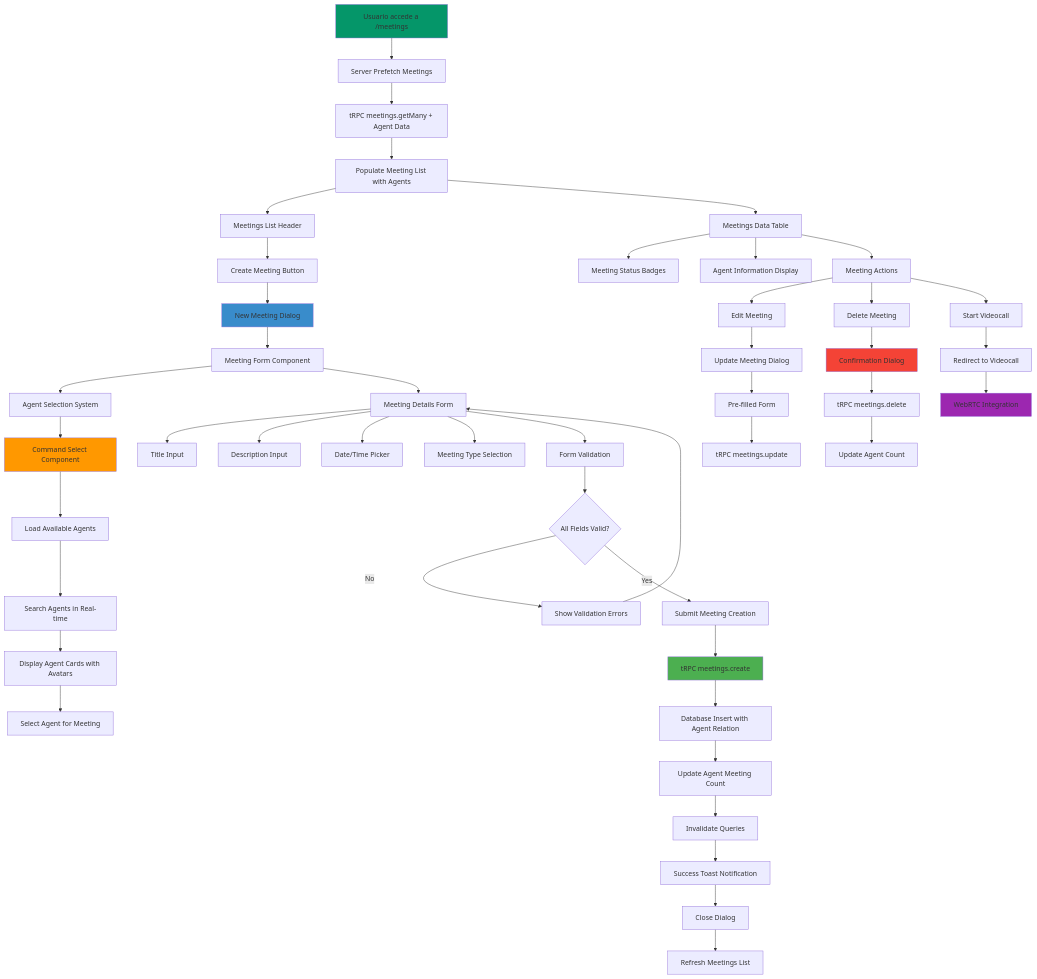
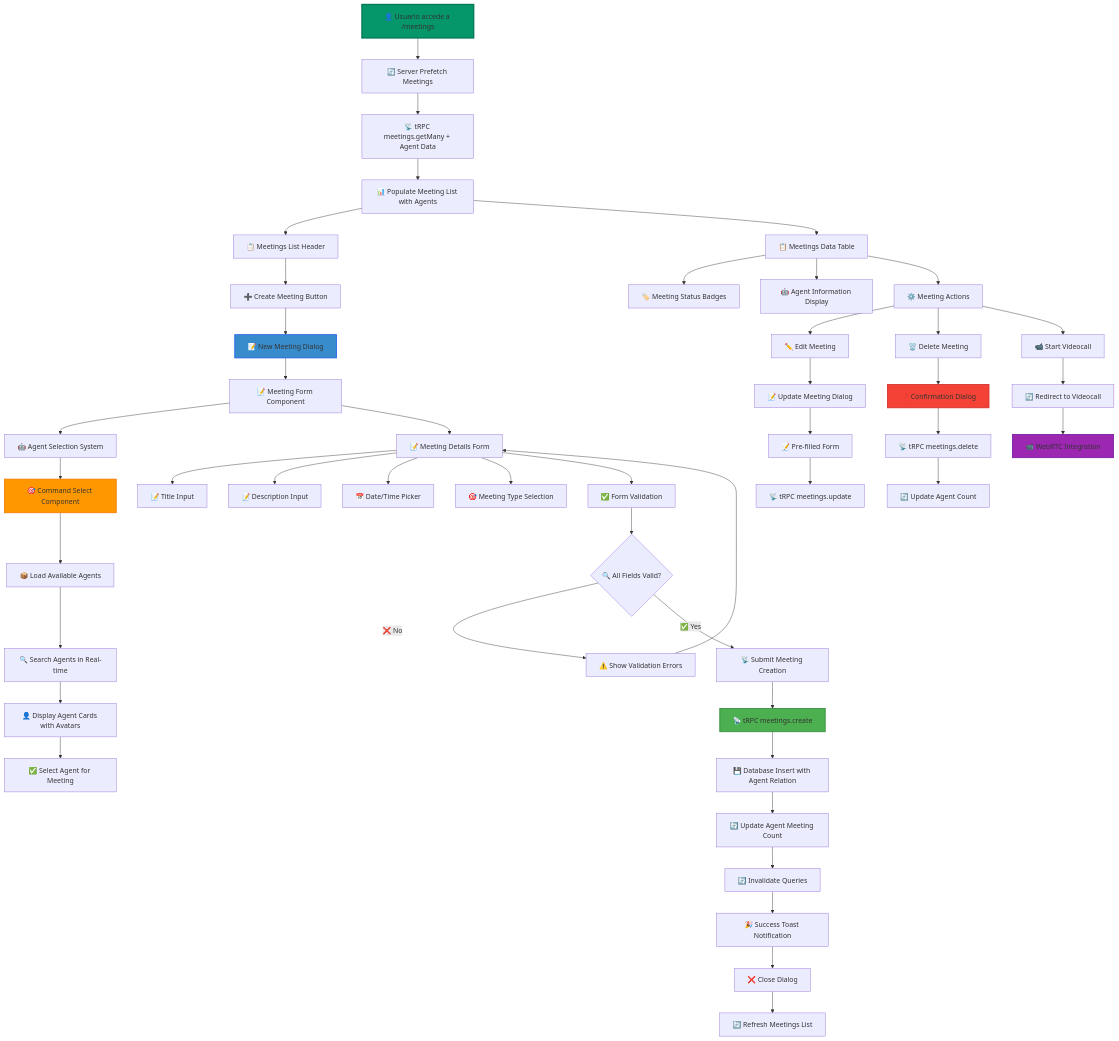
The third of 9 diagrams in README.md (felipesanchez-dev/agentesia), drawn with Mermaid before and after one commit. The commit also changed other lines of this file, not shown here.

````diff
--- a/README.md
+++ b/README.md
@@ -321,67 +605,67 @@
 ```mermaid
 flowchart TD
-    A[Usuario accede a /meetings] --> B[Server Prefetch Meetings]
-    B --> C[tRPC meetings.getMany + Agent Data]
-    C --> D[Populate Meeting List with Agents]
+    A[👤 Usuario accede a /meetings] --> B[🔄 Server Prefetch Meetings]
+    B --> C[📡 tRPC meetings.getMany + Agent Data]
+    C --> D[📊 Populate Meeting List with Agents]
 
-    D --> E[Meetings List Header]
-    E --> F[Create Meeting Button]
-    F --> G[New Meeting Dialog]
+    D --> E[📋 Meetings List Header]
+    E --> F[➕ Create Meeting Button]
+    F --> G[📝 New Meeting Dialog]
 
-    G --> H[Meeting Form Component]
-    H --> I[Agent Selection System]
-    I --> J[Command Select Component]
+    G --> H[📝 Meeting Form Component]
+    H --> I[🤖 Agent Selection System]
+    I --> J[🎯 Command Select Component]
 
-    J --> K[Load Available Agents]
-    K --> L[Search Agents in Real-time]
-    L --> M[Display Agent Cards with Avatars]
-    M --> N[Select Agent for Meeting]
+    J --> K[📦 Load Available Agents]
+    K --> L[🔍 Search Agents in Real-time]
+    L --> M[👤 Display Agent Cards with Avatars]
+    M --> N[✅ Select Agent for Meeting]
 
-    H --> O[Meeting Details Form]
-    O --> P[Title Input]
-    O --> Q[Description Input]
-    O --> R[Date/Time Picker]
-    O --> S[Meeting Type Selection]
+    H --> O[📝 Meeting Details Form]
+    O --> P[📝 Title Input]
+    O --> Q[📝 Description Input]
+    O --> R[📅 Date/Time Picker]
+    O --> S[🎯 Meeting Type Selection]
 
-    O --> T[Form Validation]
-    T --> U{All Fields Valid?}
-    U -->|No| V[Show Validation Errors]
-    U -->|Yes| W[Submit Meeting Creation]
+    O --> T[✅ Form Validation]
+    T --> U{🔍 All Fields Valid?}
+    U -->|❌ No| V[⚠️ Show Validation Errors]
+    U -->|✅ Yes| W[📡 Submit Meeting Creation]
 
-    W --> X[tRPC meetings.create]
-    X --> Y[Database Insert with Agent Relation]
-    Y --> Z[Update Agent Meeting Count]
-    Z --> AA[Invalidate Queries]
-    AA --> AB[Success Toast Notification]
-    AB --> AC[Close Dialog]
-    AC --> AD[Refresh Meetings List]
+    W --> X[📡 tRPC meetings.create]
+    X --> Y[💾 Database Insert with Agent Relation]
+    Y --> Z[🔄 Update Agent Meeting Count]
+    Z --> AA[🔄 Invalidate Queries]
+    AA --> AB[🎉 Success Toast Notification]
+    AB --> AC[❌ Close Dialog]
+    AC --> AD[🔄 Refresh Meetings List]
 
-    D --> AE[Meetings Data Table]
-    AE --> AF[Meeting Status Badges]
-    AE --> AG[Agent Information Display]
-    AE --> AH[Meeting Actions]
+    D --> AE[📋 Meetings Data Table]
+    AE --> AF[🏷️ Meeting Status Badges]
+    AE --> AG[🤖 Agent Information Display]
+    AE --> AH[⚙️ Meeting Actions]
 
-    AH --> AI[Edit Meeting]
-    AH --> AJ[Delete Meeting]
-    AH --> AK[Start Videocall]
+    AH --> AI[✏️ Edit Meeting]
+    AH --> AJ[🗑️ Delete Meeting]
+    AH --> AK[📹 Start Videocall]
 
-    AI --> AL[Update Meeting Dialog]
-    AL --> AM[Pre-filled Form]
-    AM --> AN[tRPC meetings.update]
+    AI --> AL[📝 Update Meeting Dialog]
+    AL --> AM[📝 Pre-filled Form]
+    AM --> AN[📡 tRPC meetings.update]
 
-    AJ --> AO[Confirmation Dialog]
-    AO --> AP[tRPC meetings.delete]
-    AP --> AQ[Update Agent Count]
+    AJ --> AO[❓ Confirmation Dialog]
+    AO --> AP[📡 tRPC meetings.delete]
+    AP --> AQ[🔄 Update Agent Count]
 
-    AK --> AR[Redirect to Videocall]
-    AR --> AS[WebRTC Integration] 
+    AK --> AR[🔄 Redirect to Videocall]
+    AR --> AS[📹 WebRTC Integration] 
 
     V --> O
 
-    style A fill:#059669
-    style G fill:#398CCB
-    style J fill:#ff9800
-    style X fill:#4caf50
-    style AO fill:#f44336
-    style AS fill:#9c27b0
+    style A fill:#059669,stroke:#047857,stroke-width:3px
+    style G fill:#398CCB,stroke:#2563eb,stroke-width:2px
+    style J fill:#ff9800,stroke:#f57c00,stroke-width:2px
+    style X fill:#4caf50,stroke:#388e3c,stroke-width:2px
+    style AO fill:#f44336,stroke:#d32f2f,stroke-width:2px
+    style AS fill:#9c27b0,stroke:#7b1fa2,stroke-width:2px
 ```
````
